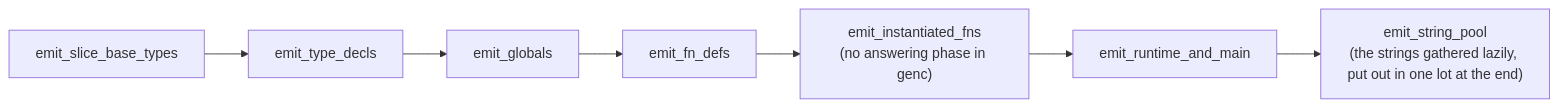
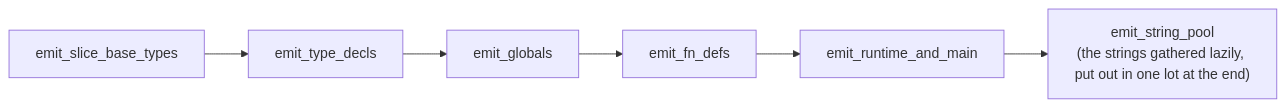
One commit to kansosystem-org/kspl-experimental changed the third of 4 diagrams in ksplc/docs/DESIGN-backends.md. Above: the diagram before and after it, drawn with Mermaid. The commit also changed other lines of this file and 800 other files, not shown here.

````diff
--- a/ksplc/docs/DESIGN-backends.md
+++ b/ksplc/docs/DESIGN-backends.md
@@ -332,4 +341,4 @@
 ```mermaid
 flowchart LR
-    A[emit_slice_base_types] --> B[emit_type_decls] --> C[emit_globals] --> D[emit_fn_defs] --> E["emit_instantiated_fns<br/>(no answering phase in genc)"] --> F[emit_runtime_and_main] --> G["emit_string_pool<br/>(the strings gathered lazily, put out in one lot at the end)"]
+    A[emit_slice_base_types] --> B[emit_type_decls] --> C[emit_globals] --> D[emit_fn_defs] --> F[emit_runtime_and_main] --> G["emit_string_pool<br/>(the strings gathered lazily, put out in one lot at the end)"]
 ```
````
